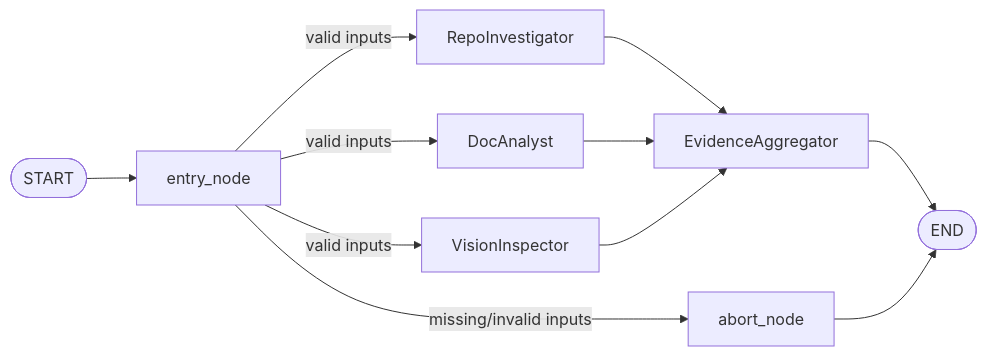
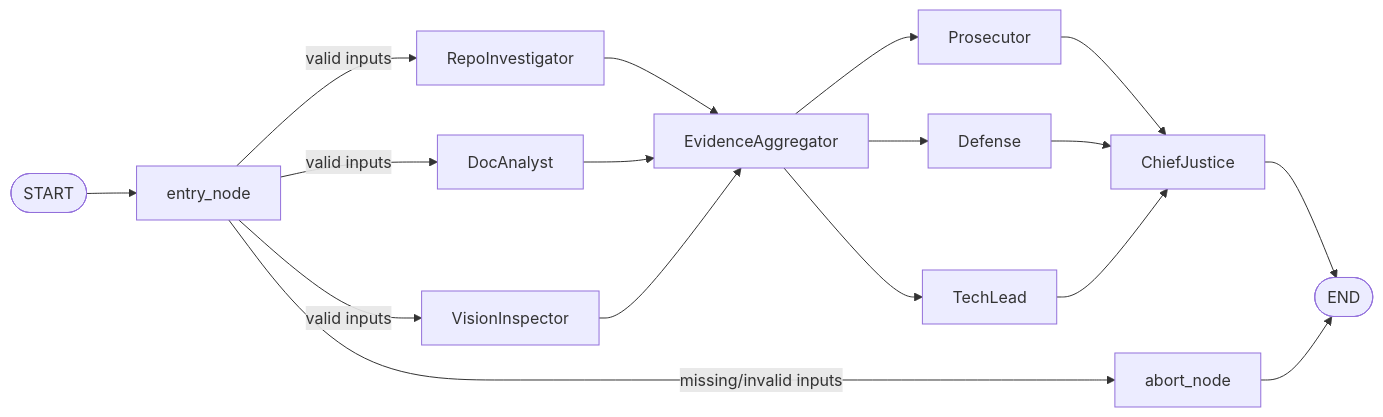
Before and after one commit to NebiyouBelaineh/LangGraph-Automation-Auditor: the diagram in README.md, drawn with Mermaid. The commit also changed other lines of this file, not shown here.

First line of the commit message:
docs: update README to reflect architectural changes and new features

````diff
--- a/README.md
+++ b/README.md
@@ -12,13 +14,19 @@
 ```mermaid
 flowchart LR
     START([START]) --> entry[entry_node]
     entry -->|valid inputs| repo[RepoInvestigator]
     entry -->|valid inputs| doc[DocAnalyst]
     entry -->|valid inputs| vision[VisionInspector]
     entry -->|missing/invalid inputs| abort[abort_node]
     repo --> agg[EvidenceAggregator]
     doc --> agg
     vision --> agg
-    agg --> END([END])
+    agg --> prosecutor[Prosecutor]
+    agg --> defense[Defense]
+    agg --> techlead[TechLead]
+    prosecutor --> cj[ChiefJustice]
+    defense --> cj
+    techlead --> cj
+    cj --> END([END])
     abort --> END
 ```
````
